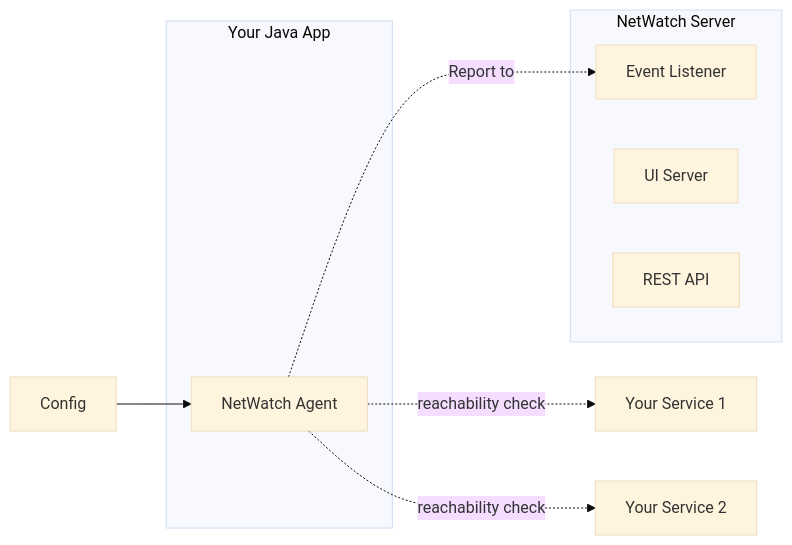
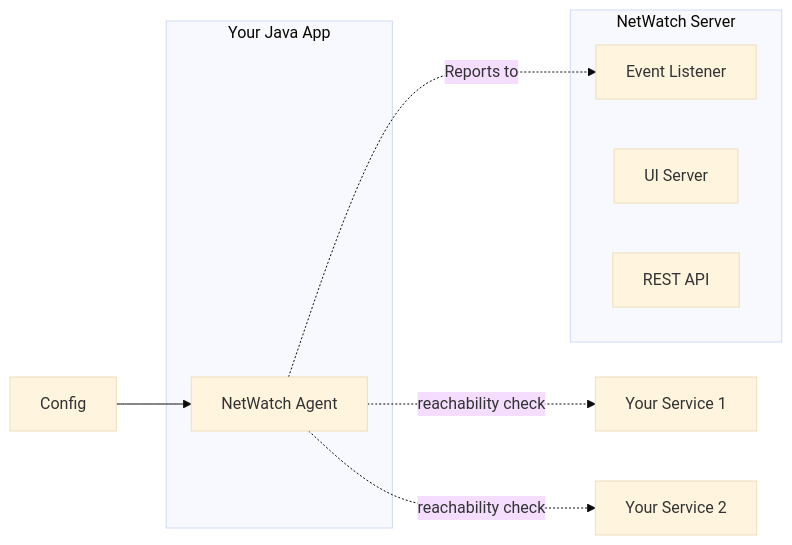
Before and after one commit to NetGaze/NetGaze: the diagram in README.md, drawn with Mermaid (base theme). The commit also changed other lines of this file, not shown here.

````diff
--- a/README.md
+++ b/README.md
@@ -14,21 +14,21 @@
 ```mermaid
 flowchart LR
     cfg["Config"]
     lib["NetWatch Agent"]
     svc1["Your Service 1"]
     svc2["Your Service 2"]
     lib -. reachability check .-> svc1
     lib -. reachability check .-> svc2
-    lib -. Report to .-> listener
+    lib -. Reports to .-> listener
 
     subgraph app["Your Java App"]
         lib
     end
     subgraph server["NetWatch Server"]
         ui["UI Server"]
         rest["REST API"]
         listener["Event Listener"]
     end
 
     cfg --> lib
 ```
````
